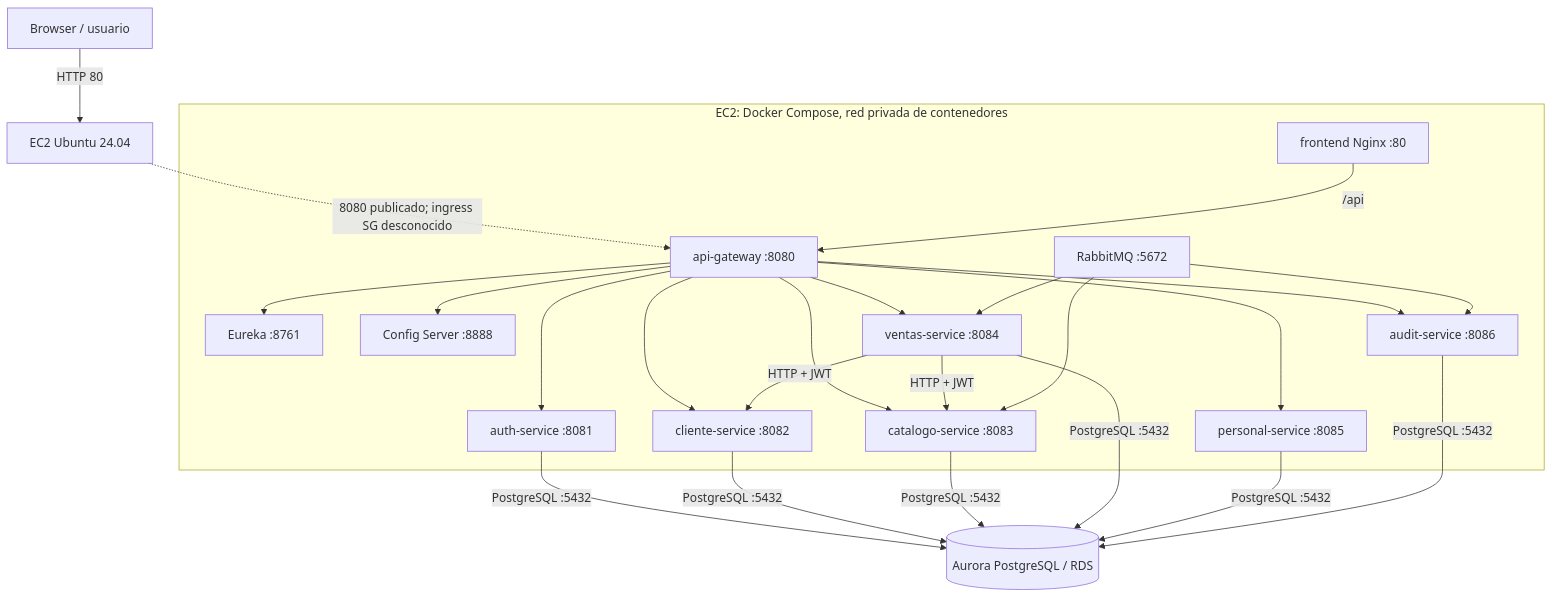
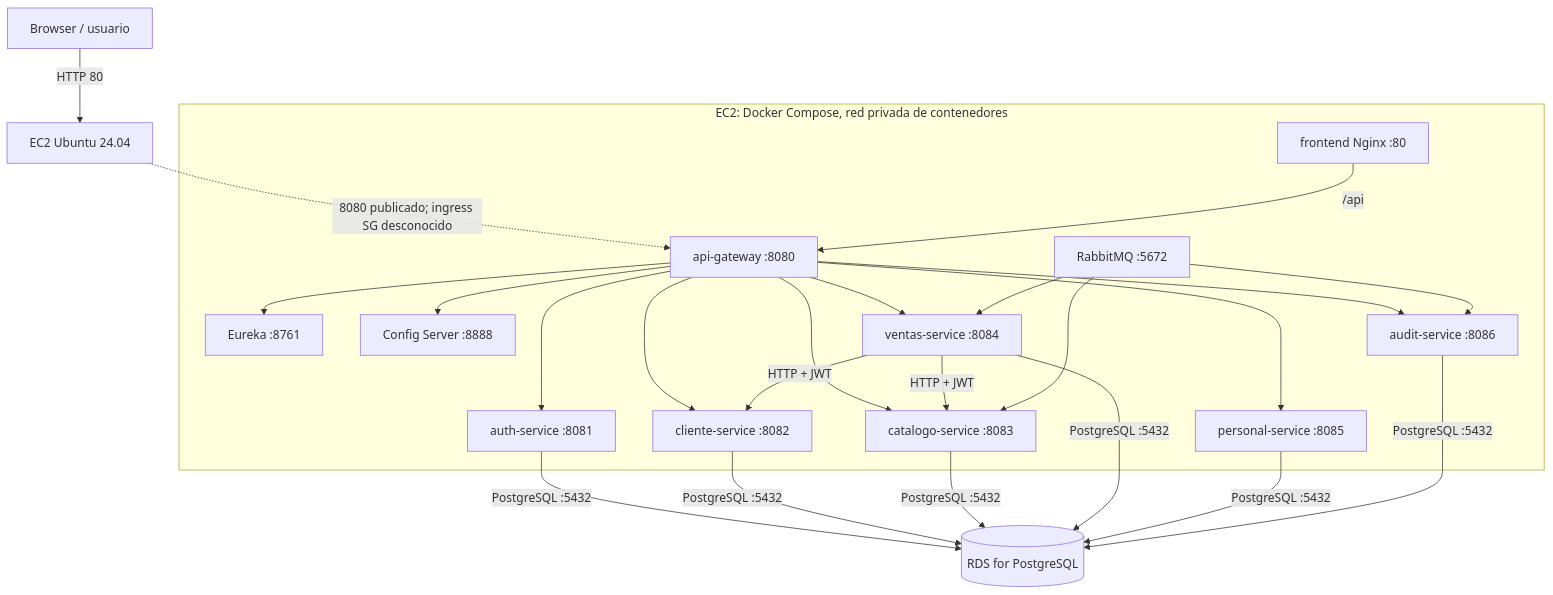
One commit to elMarce2007/Kipusalud changed the diagram in docs/infraestructura-aws.md. Above: the diagram before and after it, drawn with Mermaid. The commit also changed other lines of this file and 9 other files, not shown here.

First line of the commit message:
docs: describe the database as RDS PostgreSQL, not Aurora

````diff
--- a/docs/infraestructura-aws.md
+++ b/docs/infraestructura-aws.md
@@ -16,28 +16,28 @@
 ```mermaid
 flowchart TD
   User[Browser / usuario] -->|HTTP 80| EC2[EC2 Ubuntu 24.04]
   EC2 -.->|8080 publicado; ingress SG desconocido| Gateway
   subgraph Host[EC2: Docker Compose, red privada de contenedores]
     Nginx[frontend Nginx :80] -->|/api| Gateway[api-gateway :8080]
     Gateway --> Eureka[Eureka :8761]
     Gateway --> Config[Config Server :8888]
     Gateway --> Auth[auth-service :8081]
     Gateway --> Clients[cliente-service :8082]
     Gateway --> Catalog[catalogo-service :8083]
     Gateway --> Sales[ventas-service :8084]
     Gateway --> Staff[personal-service :8085]
     Gateway --> Audit[audit-service :8086]
     Sales -->|HTTP + JWT| Catalog
     Sales -->|HTTP + JWT| Clients
     Rabbit[RabbitMQ :5672] --> Audit
     Rabbit --> Catalog
     Rabbit --> Sales
   end
-  RDS[(Aurora PostgreSQL / RDS)]
+  RDS[(RDS for PostgreSQL)]
   Auth -->|PostgreSQL :5432| RDS
   Clients -->|PostgreSQL :5432| RDS
   Catalog -->|PostgreSQL :5432| RDS
   Sales -->|PostgreSQL :5432| RDS
   Staff -->|PostgreSQL :5432| RDS
   Audit -->|PostgreSQL :5432| RDS
 ```
````
